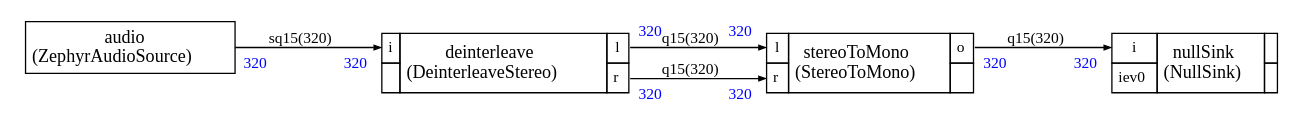
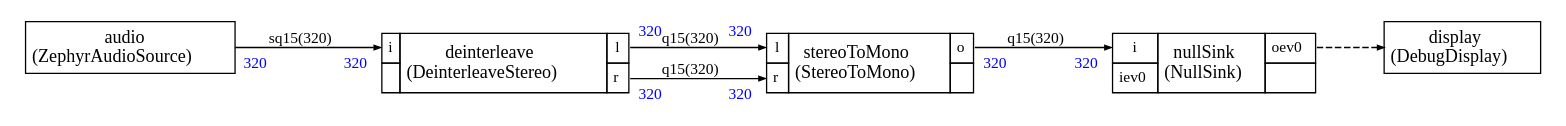
The diagram in src/stream/scheduler/graph.dot (christophe0606/ZephyrAI), drawn with Graphviz before and after one commit. The commit also changed 19 other files, not shown here.

```diff
--- a/src/stream/scheduler/graph.dot
+++ b/src/stream/scheduler/graph.dot
@@ -1,98 +1,108 @@
 
 
 
 
 
 
 digraph structs {
     bgcolor = "white"
     node [shape=plaintext,color="black",fontcolor="black",fontname="Times-Roman"]
     rankdir=LR
     edge [arrowsize="0.5",color="black",fontcolor="black",fontname="Times-Roman"]
 
 
 audio [label=<
 <TABLE color="black" bgcolor="none" BORDER="0" CELLBORDER="1" CELLSPACING="0" CELLPADDING="4">
   <TR>
     <TD ALIGN="CENTER" PORT="i"><FONT COLOR="black" POINT-SIZE="14.0">audio<BR/>(ZephyrAudioSource)</FONT></TD>
   </TR>
 </TABLE>>];
 
 
 deinterleave [label=<
 <TABLE color="black" bgcolor="none" BORDER="0" CELLBORDER="1" CELLSPACING="0" CELLPADDING="4">
   <TR>
     <TD PORT="i"><FONT POINT-SIZE="12.0" COLOR="black">i</FONT></TD>
     <TD ALIGN="CENTER" ROWSPAN="2"><FONT COLOR="black" POINT-SIZE="14.0">deinterleave<BR/>(DeinterleaveStereo)</FONT></TD>
     <TD PORT="l"><FONT POINT-SIZE="12.0" COLOR="black">l</FONT></TD>
   </TR>
 <TR>
  
 <TD></TD>
 <TD PORT="r"><FONT POINT-SIZE="12.0" COLOR="black">r</FONT></TD>
 </TR>
 
 </TABLE>>];
 
 
 nullSink [label=<
 <TABLE color="black" bgcolor="none" BORDER="0" CELLBORDER="1" CELLSPACING="0" CELLPADDING="4">
   <TR>
     <TD PORT="i"><FONT POINT-SIZE="12.0" COLOR="black">i</FONT></TD>
     <TD ALIGN="CENTER" ROWSPAN="2"><FONT COLOR="black" POINT-SIZE="14.0">nullSink<BR/>(NullSink)</FONT></TD>
-    <TD></TD>
+    <TD PORT="oev0"><FONT POINT-SIZE="12.0" COLOR="black">oev0</FONT></TD>
   </TR>
 <TR>
 <TD PORT="iev0"><FONT POINT-SIZE="12.0" COLOR="black">iev0</FONT></TD>
 
  
 <TD></TD></TR>
 
 </TABLE>>];
 
 
 stereoToMono [label=<
 <TABLE color="black" bgcolor="none" BORDER="0" CELLBORDER="1" CELLSPACING="0" CELLPADDING="4">
   <TR>
     <TD PORT="l"><FONT POINT-SIZE="12.0" COLOR="black">l</FONT></TD>
     <TD ALIGN="CENTER" ROWSPAN="2"><FONT COLOR="black" POINT-SIZE="14.0">stereoToMono<BR/>(StereoToMono)</FONT></TD>
     <TD PORT="o"><FONT POINT-SIZE="12.0" COLOR="black">o</FONT></TD>
   </TR>
 <TR>
 <TD PORT="r"><FONT POINT-SIZE="12.0" COLOR="black">r</FONT></TD>
 
  
 <TD></TD></TR>
 
+</TABLE>>];
+
+display [label=<
+<TABLE color="black" bgcolor="none" BORDER="0" CELLBORDER="1" CELLSPACING="0" CELLPADDING="4">
+  <TR>
+    <TD ALIGN="CENTER" PORT="i"><FONT COLOR="black" POINT-SIZE="14.0">display<BR/>(DebugDisplay)</FONT></TD>
+  </TR>
 </TABLE>>];
 
 
 
 audio:i -> deinterleave:i [style="solid",color="black",fontsize="12.0",fontcolor="black",label=<sq15(320)>
 ,headlabel=<<TABLE BORDER="0" CELLPADDING="4"><TR><TD><FONT COLOR="blue" POINT-SIZE="12.0" >320</FONT>
 </TD></TR></TABLE>>
 ,taillabel=<<TABLE BORDER="0" CELLPADDING="4"><TR><TD><FONT COLOR="blue" POINT-SIZE="12.0" >320</FONT>
 </TD></TR></TABLE>>]
 
 deinterleave:l -> stereoToMono:l [style="solid",color="black",fontsize="12.0",fontcolor="black",label=<q15(320)>
 ,headlabel=<<TABLE BORDER="0" CELLPADDING="4"><TR><TD><FONT COLOR="blue" POINT-SIZE="12.0" >320</FONT>
 </TD></TR></TABLE>>
 ,taillabel=<<TABLE BORDER="0" CELLPADDING="4"><TR><TD><FONT COLOR="blue" POINT-SIZE="12.0" >320</FONT>
 </TD></TR></TABLE>>]
 
 deinterleave:r -> stereoToMono:r [style="solid",color="black",fontsize="12.0",fontcolor="black",label=<q15(320)>
 ,headlabel=<<TABLE BORDER="0" CELLPADDING="4"><TR><TD><FONT COLOR="blue" POINT-SIZE="12.0" >320</FONT>
 </TD></TR></TABLE>>
 ,taillabel=<<TABLE BORDER="0" CELLPADDING="4"><TR><TD><FONT COLOR="blue" POINT-SIZE="12.0" >320</FONT>
 </TD></TR></TABLE>>]
 
 stereoToMono:o -> nullSink:i [style="solid",color="black",fontsize="12.0",fontcolor="black",label=<q15(320)>
 ,headlabel=<<TABLE BORDER="0" CELLPADDING="4"><TR><TD><FONT COLOR="blue" POINT-SIZE="12.0" >320</FONT>
 </TD></TR></TABLE>>
 ,taillabel=<<TABLE BORDER="0" CELLPADDING="4"><TR><TD><FONT COLOR="blue" POINT-SIZE="12.0" >320</FONT>
 </TD></TR></TABLE>>]
 
 
 
+nullSink:oev0 -> display:i [style="dashed",color="black",fontsize="12.0",fontcolor="black",label=<>
+
+]
 
 }
```
